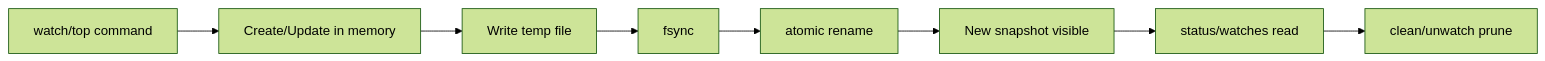
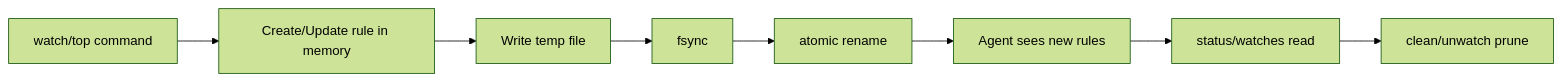
The diagram in docs/04-data-model.md (hxy91819/cpuguard), drawn with Mermaid (forest theme) before and after one commit. The commit also changed other lines of this file and 21 other files, not shown here.

````diff
--- a/docs/04-data-model.md
+++ b/docs/04-data-model.md
@@ -68,10 +112,10 @@
 ```mermaid
 flowchart LR
-    A[watch/top command] --> B[Create/Update in memory]
+    A[watch/top command] --> B[Create/Update rule in memory]
     B --> C[Write temp file]
     C --> D[fsync]
     D --> E[atomic rename]
-    E --> F[New snapshot visible]
+    E --> F[Agent sees new rules]
     F --> G[status/watches read]
     G --> H[clean/unwatch prune]
 ```
````
